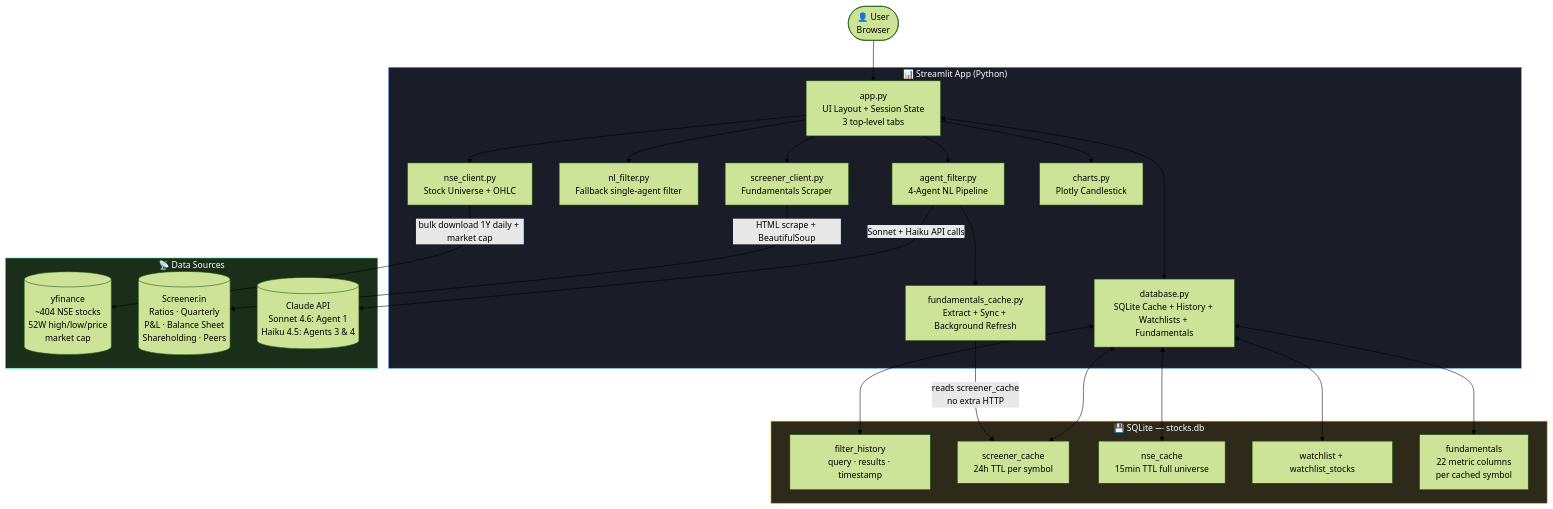
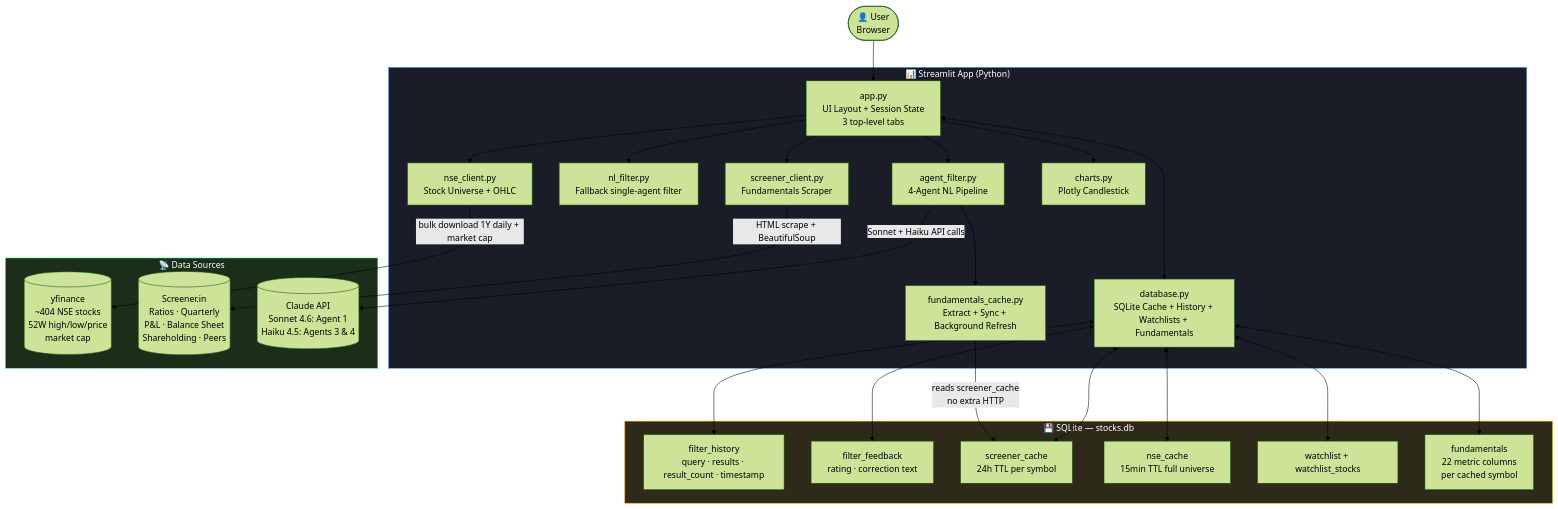
The diagram in README.md (DevMLAI01/stock-market-dashboard), drawn with Mermaid (forest theme) before and after one commit. The commit also changed other lines of this file, not shown here.

````diff
--- a/README.md
+++ b/README.md
@@ -170,43 +191,45 @@
 ```mermaid
 flowchart TD
     U([👤 User\nBrowser]) --> ST
 
     subgraph APP ["📊 Streamlit App (Python)"]
         ST[app.py\nUI Layout + Session State\n3 top-level tabs]
         ST --> AF[agent_filter.py\n4-Agent NL Pipeline]
         ST --> NL[nl_filter.py\nFallback single-agent filter]
         ST --> NSE[nse_client.py\nStock Universe + OHLC]
         ST --> SC[screener_client.py\nFundamentals Scraper]
         ST --> CH[charts.py\nPlotly Candlestick]
         ST <--> DB[database.py\nSQLite Cache + History + Watchlists + Fundamentals]
         AF --> FC2[fundamentals_cache.py\nExtract + Sync + Background Refresh]
     end
 
     subgraph DATA ["📡 Data Sources"]
         YF[(yfinance\n~404 NSE stocks\n52W high/low/price\nmarket cap)]
         SR[(Screener.in\nRatios · Quarterly\nP&L · Balance Sheet\nShareholding · Peers)]
         CL[(Claude API\nSonnet 4.6: Agent 1\nHaiku 4.5: Agents 3 & 4)]
     end
 
     subgraph CACHE ["💾 SQLite — stocks.db"]
-        FH[filter_history\nquery · results · timestamp]
+        FH[filter_history\nquery · results · result_count · timestamp]
+        FF[filter_feedback\nrating · correction text]
         SC2[screener_cache\n24h TTL per symbol]
         NC[nse_cache\n15min TTL full universe]
         WL[watchlist + watchlist_stocks]
         FU[fundamentals\n22 metric columns\nper cached symbol]
     end
 
     NSE -->|bulk download 1Y daily + market cap| YF
     SC -->|HTML scrape + BeautifulSoup| SR
     AF -->|Sonnet + Haiku API calls| CL
     FC2 -->|reads screener_cache\nno extra HTTP| SC2
     DB <--> FH
+    DB <--> FF
     DB <--> SC2
     DB <--> NC
     DB <--> WL
     DB <--> FU
 
     style APP fill:#1a1d27,stroke:#4e9af1,color:#fff
     style DATA fill:#1a2e1a,stroke:#4aff9e,color:#fff
     style CACHE fill:#2e2a1a,stroke:#ffa500,color:#fff
 ```
````
